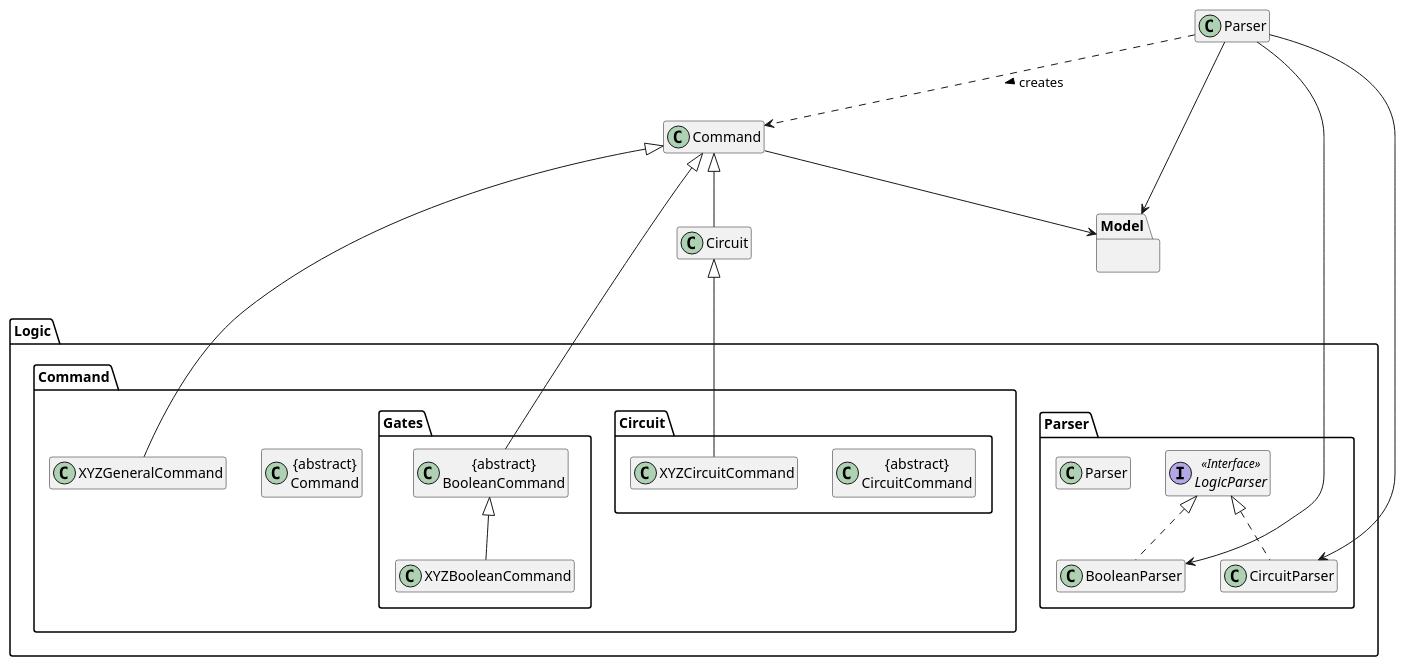
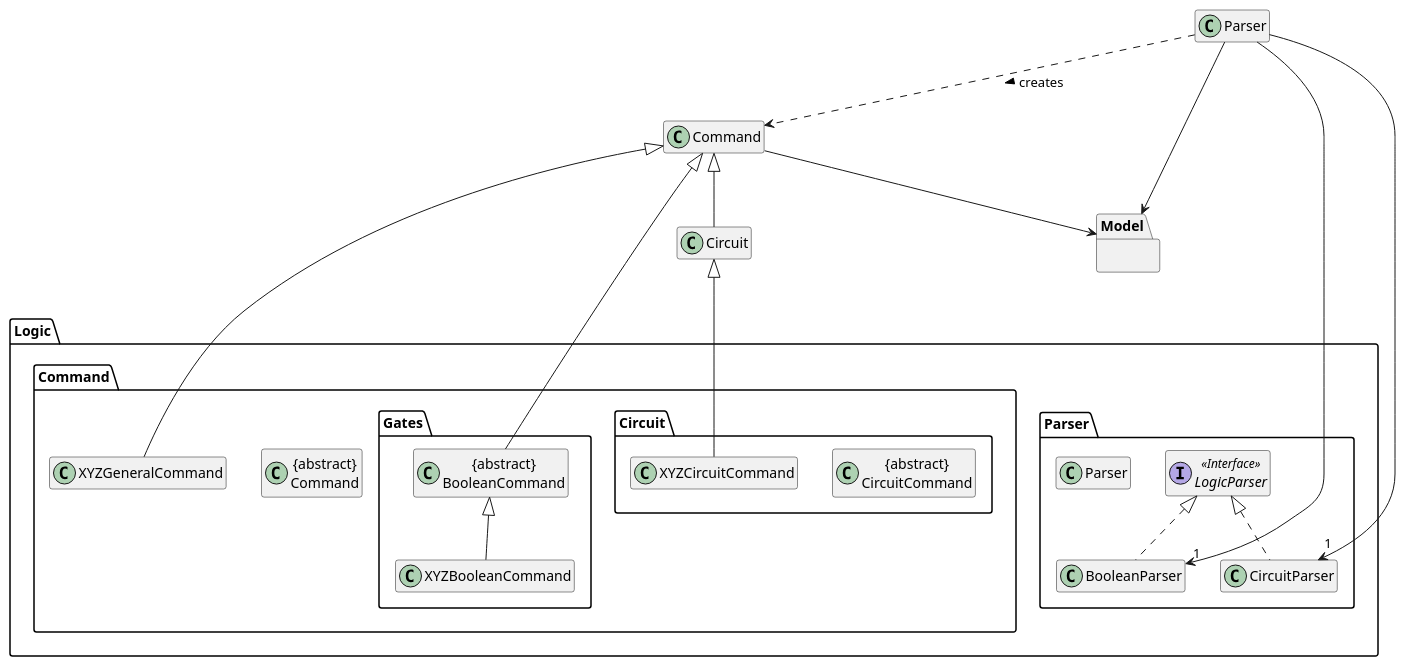
The diagram in docs/diagrams/LogicClassDiagram.puml (sevenseasofbri/tp), drawn with PlantUML before and after one commit. The commit also changed 14 other files, not shown here.

Commit message:
Update diagrams

```diff
--- a/docs/diagrams/LogicClassDiagram.puml
+++ b/docs/diagrams/LogicClassDiagram.puml
@@ -1,47 +1,47 @@
 @startuml
 
 hide member
 
 package Logic {
 
 package Parser {
     Class Parser
     Class BooleanParser
     Class CircuitParser
     Interface LogicParser <<Interface>>
 }
 
 package Command {
     package Circuit {
         Class "{abstract}\nCircuitCommand" as Circuit
         Class XYZCircuitCommand
     }
     package Gates {
         Class "{abstract}\nBooleanCommand" as Boolean
         Class XYZBooleanCommand
     }
     Class "{abstract}\nCommand" as Command
     Class XYZGeneralCommand
 }
 
 }
 
 package Model {
 }
 
 Parser --> Model
 Command --> Model
 
 Circuit -u-|> Command
 Boolean -u-|> Command
 XYZGeneralCommand -u-|> Command
 XYZCircuitCommand -u-|> Circuit
 XYZBooleanCommand -u-|> Boolean
 
 Parser ..> Command : creates >
 BooleanParser .u.|> LogicParser
 CircuitParser .u.|> LogicParser
-Parser -> BooleanParser
-Parser -> CircuitParser
+Parser -> "1" BooleanParser
+Parser -> "1" CircuitParser
 
 @enduml
```
